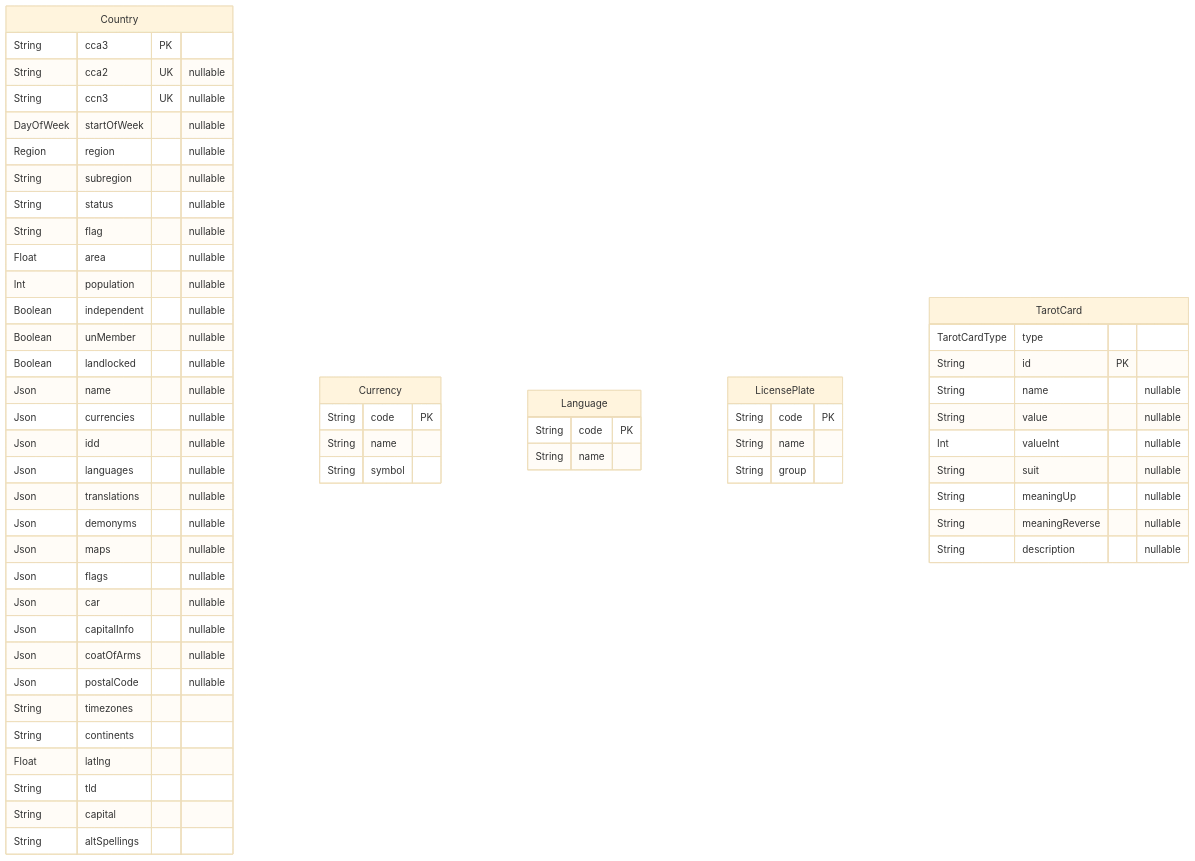
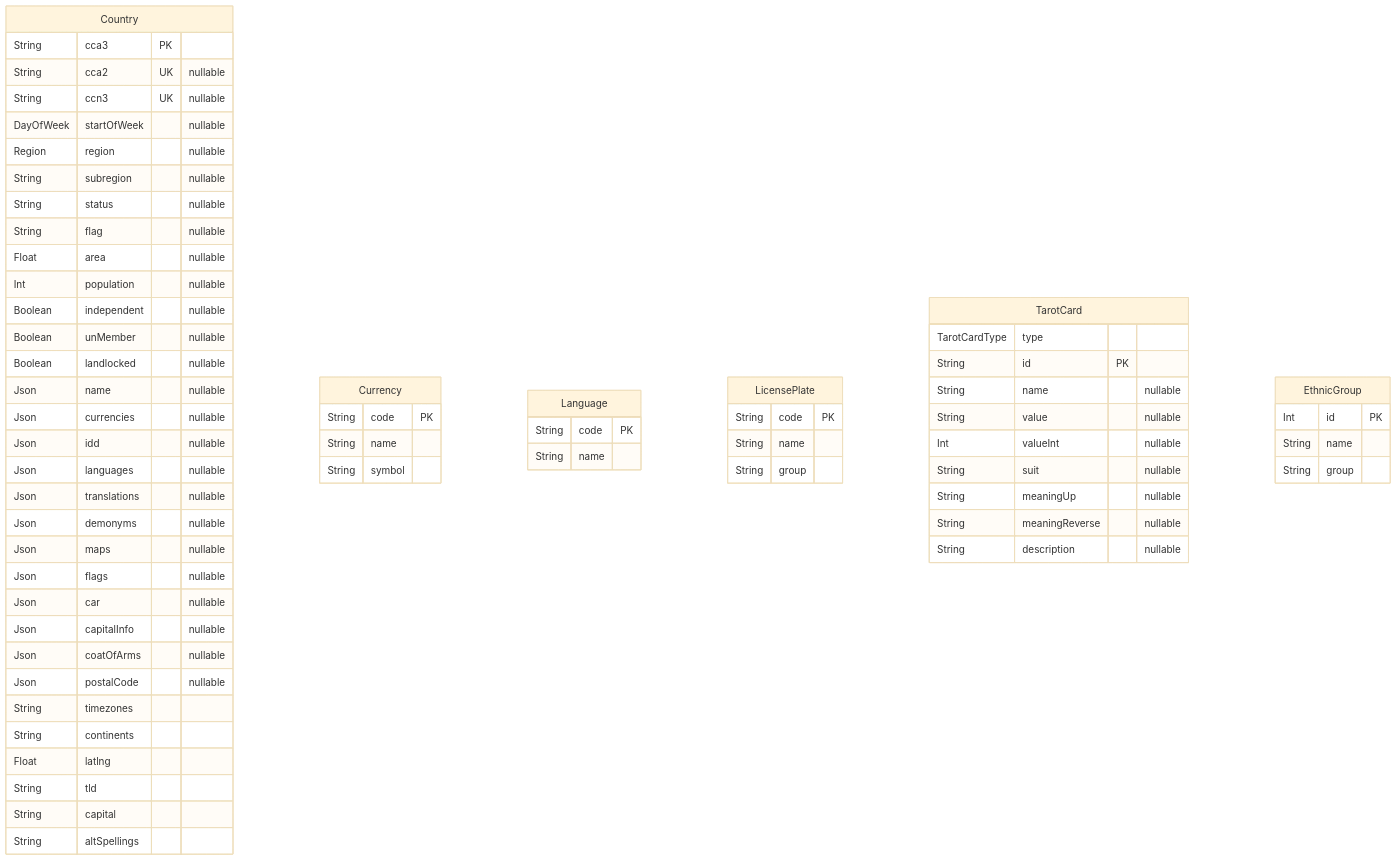
The diagram in api/prisma/README.md (hieudoanm/hieudoanm.github.io), drawn with Mermaid (base theme) before and after one commit. The commit also changed other lines of this file and 17 other files, not shown here.

````diff
--- a/api/prisma/README.md
+++ b/api/prisma/README.md
@@ -9,61 +9,66 @@
 ```mermaid
 erDiagram
 "Country" {
     String cca3 PK
     String cca2 UK "nullable"
     String ccn3 UK "nullable"
     DayOfWeek startOfWeek "nullable"
     Region region "nullable"
     String subregion "nullable"
     String status "nullable"
     String flag "nullable"
     Float area "nullable"
     Int population "nullable"
     Boolean independent "nullable"
     Boolean unMember "nullable"
     Boolean landlocked "nullable"
     Json name "nullable"
     Json currencies "nullable"
     Json idd "nullable"
     Json languages "nullable"
     Json translations "nullable"
     Json demonyms "nullable"
     Json maps "nullable"
     Json flags "nullable"
     Json car "nullable"
     Json capitalInfo "nullable"
     Json coatOfArms "nullable"
     Json postalCode "nullable"
     String timezones
     String continents
     Float latlng
     String tld
     String capital
     String altSpellings
 }
 "Currency" {
     String code PK
     String name
     String symbol
 }
 "Language" {
     String code PK
     String name
 }
 "LicensePlate" {
     String code PK
     String name
     String group
 }
 "TarotCard" {
     TarotCardType type
     String id PK
     String name "nullable"
     String value "nullable"
     Int valueInt "nullable"
     String suit "nullable"
     String meaningUp "nullable"
     String meaningReverse "nullable"
     String description "nullable"
 }
+"EthnicGroup" {
+    Int id PK
+    String name
+    String group
+}
 ```
````
